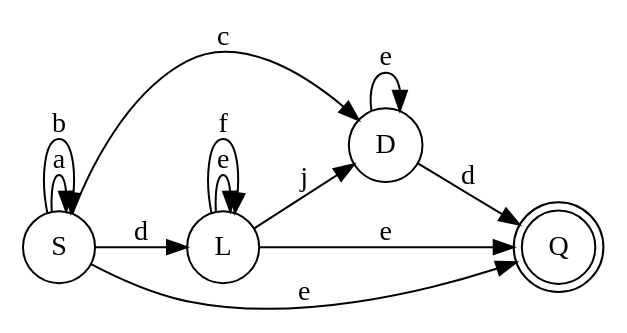
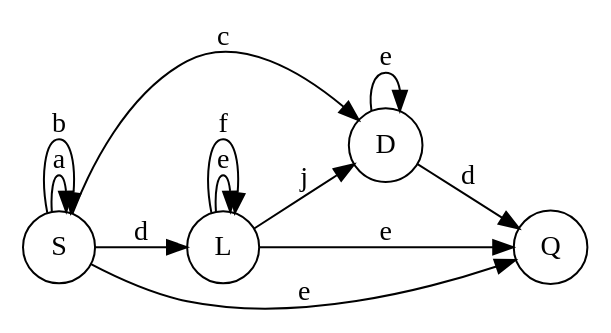
The diagram in LAB1/Digraph.gv (IuraCPersonal/FAF203-LFPC), drawn with Graphviz before and after one commit. The commit also changed 2 other files, not shown here.

```diff
--- a/LAB1/Digraph.gv
+++ b/LAB1/Digraph.gv
@@ -1,58 +1,58 @@
 digraph {
 	rankdir=LR size="8,5"
 	node [shape=circle]
 	S
 	node [shape=circle]
 	S
 	S -> S [label=a]
 	node [shape=circle]
 	S
 	node [shape=circle]
 	S
 	S -> S [label=b]
 	node [shape=circle]
 	S
 	node [shape=circle]
 	D
 	S -> D [label=c]
 	node [shape=circle]
 	S
 	node [shape=circle]
 	L
 	S -> L [label=d]
 	node [shape=circle]
 	S
-	node [shape=doublecircle]
+	node [shape=circle]
 	Q
 	S -> Q [label=e]
 	node [shape=circle]
 	L
 	node [shape=circle]
 	L
 	L -> L [label=e]
 	node [shape=circle]
 	L
 	node [shape=circle]
 	L
 	L -> L [label=f]
 	node [shape=circle]
 	L
 	node [shape=circle]
 	D
 	L -> D [label=j]
 	node [shape=circle]
 	L
-	node [shape=doublecircle]
+	node [shape=circle]
 	Q
 	L -> Q [label=e]
 	node [shape=circle]
 	D
 	node [shape=circle]
 	D
 	D -> D [label=e]
 	node [shape=circle]
 	D
-	node [shape=doublecircle]
+	node [shape=circle]
 	Q
 	D -> Q [label=d]
 }
```
